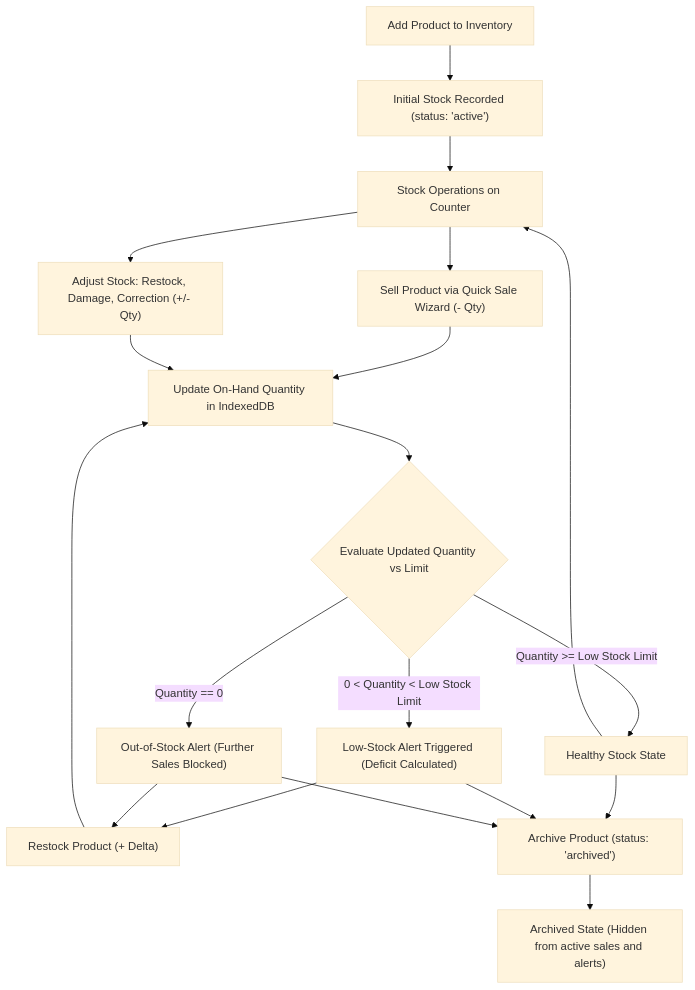
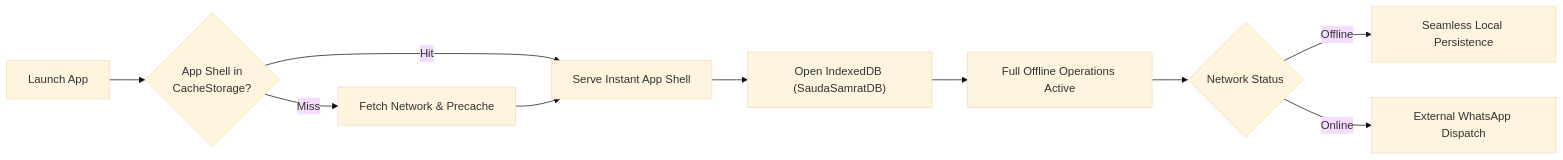
The sixth of 7 diagrams in README.md (tiwari-priyanshu05/SaudaSamrat), drawn with Mermaid (base theme) before and after one commit. The commit also changed other lines of this file and 76 other files, not shown here.

Commit message:
feat: complete SaudaSamrat offline kirana inventory PWA with Modern Indian Retail UI, 9 phases & 169 tests

````diff
--- a/README.md
+++ b/README.md
@@ -327,26 +246,12 @@
 ```mermaid
-flowchart TD
-    A["Add Product to Inventory"] --> B["Initial Stock Recorded (status: 'active')"]
-    
-    B --> C["Stock Operations on Counter"]
-    C --> D["Sell Product via Quick Sale Wizard (- Qty)"]
-    C --> E["Adjust Stock: Restock, Damage, Correction (+/- Qty)"]
-    
-    D --> F["Update On-Hand Quantity in IndexedDB"]
-    E --> F
-
-    F --> G{"Evaluate Updated Quantity vs Limit"}
-    G -- "Quantity >= Low Stock Limit" --> H["Healthy Stock State"]
-    G -- "0 < Quantity < Low Stock Limit" --> I["Low-Stock Alert Triggered (Deficit Calculated)"]
-    G -- "Quantity == 0" --> J["Out-of-Stock Alert (Further Sales Blocked)"]
-
-    H --> C
-    I --> K["Restock Product (+ Delta)"]
-    J --> K
-    K --> F
-
-    H --> L["Archive Product (status: 'archived')"]
-    I --> L
-    J --> L
-    L --> M["Archived State (Hidden from active sales and alerts)"]
+flowchart LR
+    A["Launch App"] --> B{"App Shell in\nCacheStorage?"}
+    B -- "Hit" --> C["Serve Instant App Shell"]
+    B -- "Miss" --> D["Fetch Network & Precache"]
+    D --> C
+    C --> E["Open IndexedDB (SaudaSamratDB)"]
+    E --> F["Full Offline Operations Active"]
+    F --> G{"Network Status"}
+    G -- "Offline" --> H["Seamless Local Persistence"]
+    G -- "Online" --> I["External WhatsApp Dispatch"]
 ```
````
